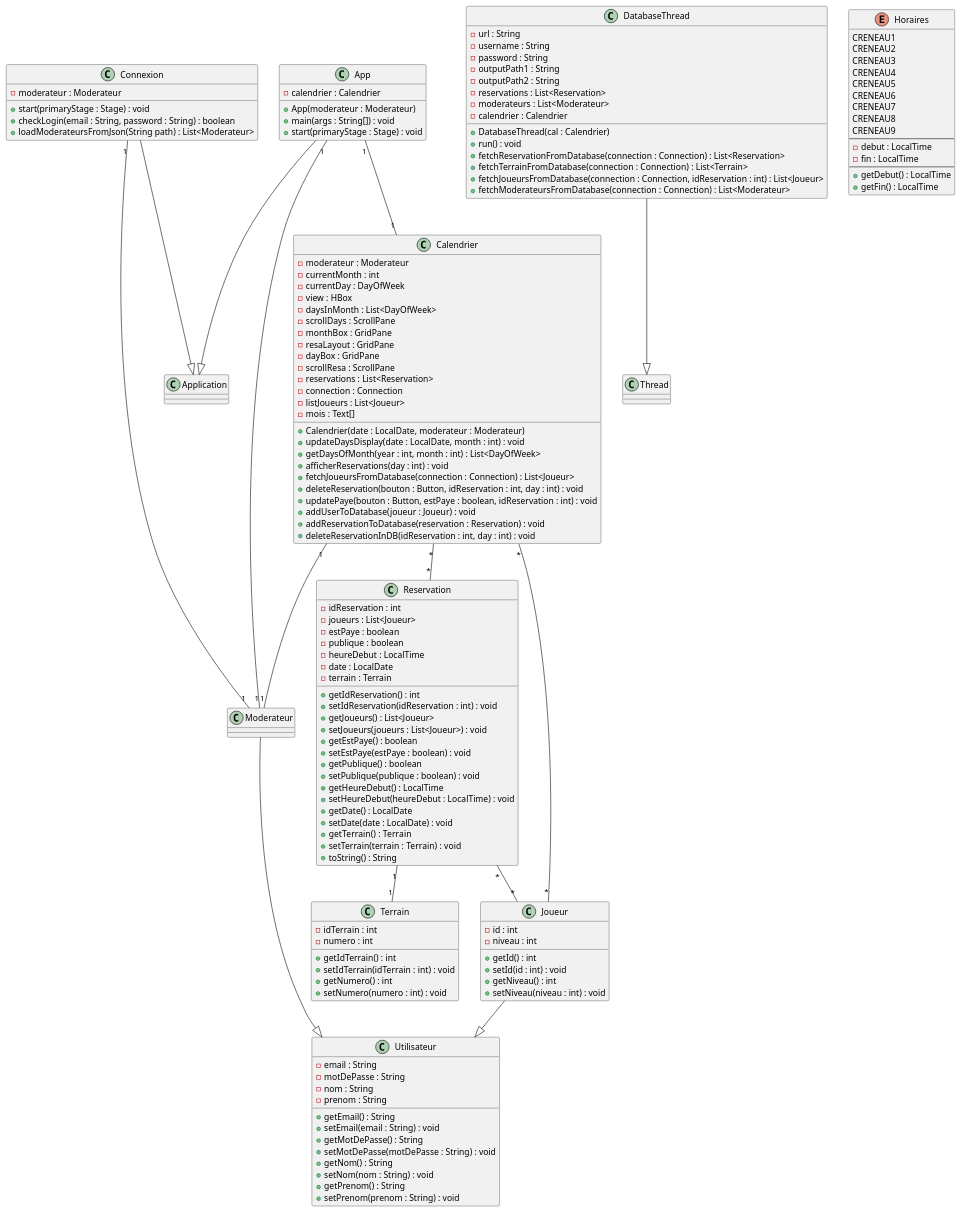
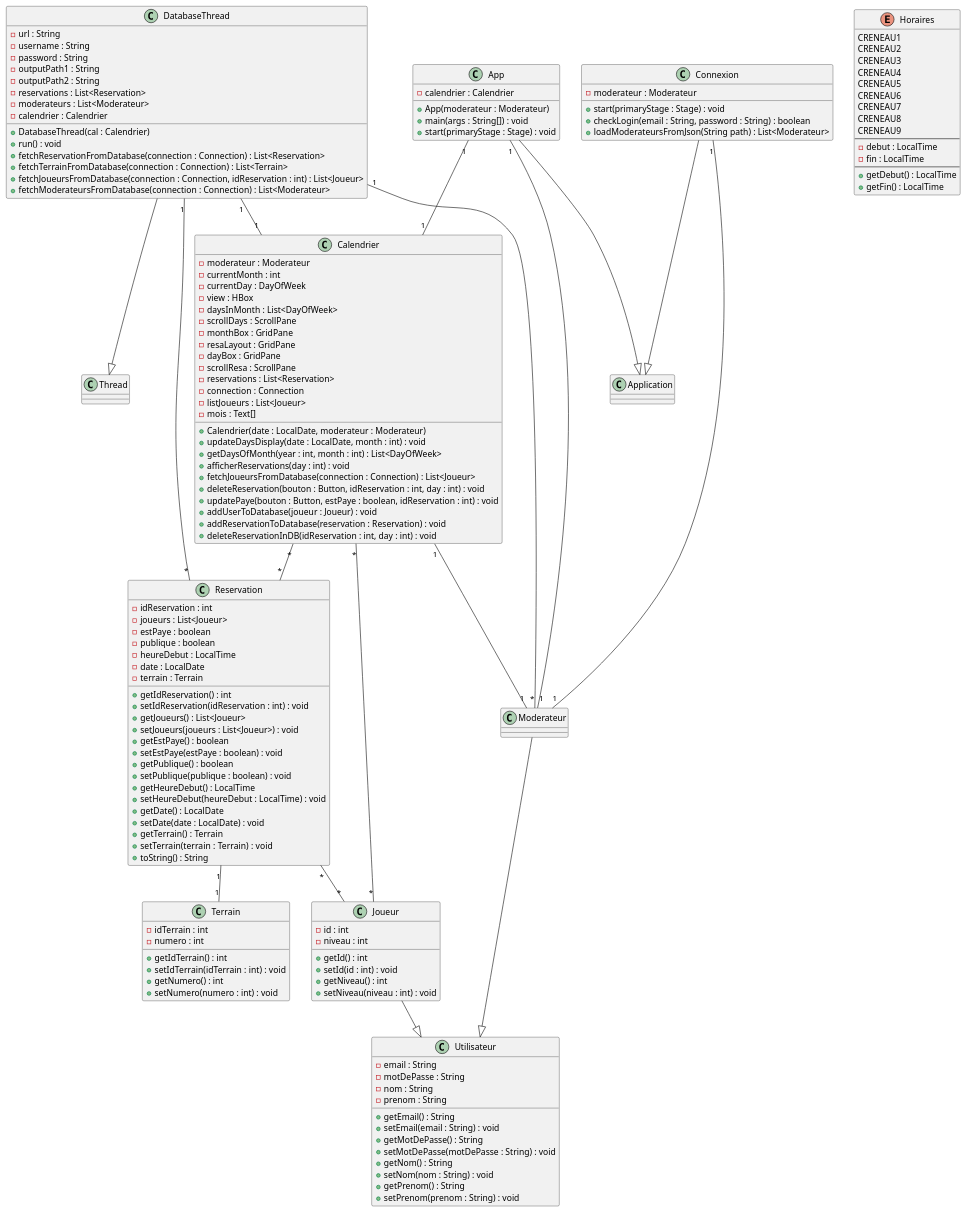
One commit to msbduno/PadelApp changed the diagram in diagram.puml. Above: the diagram before and after it, drawn with PlantUML. The commit also changed 8 other files, not shown here.

```diff
--- a/diagram.puml
+++ b/diagram.puml
@@ -1,145 +1,147 @@
 @startuml Diagramme de classes
 class Reservation {
     -idReservation : int
     -joueurs : List<Joueur>
     -estPaye : boolean
     -publique : boolean
     -heureDebut : LocalTime
     -date : LocalDate
     -terrain : Terrain
     +getIdReservation() : int
     +setIdReservation(idReservation : int) : void
     +getJoueurs() : List<Joueur>
     +setJoueurs(joueurs : List<Joueur>) : void
     +getEstPaye() : boolean
     +setEstPaye(estPaye : boolean) : void
     +getPublique() : boolean
     +setPublique(publique : boolean) : void
     +getHeureDebut() : LocalTime
     +setHeureDebut(heureDebut : LocalTime) : void
     +getDate() : LocalDate
     +setDate(date : LocalDate) : void
     +getTerrain() : Terrain
     +setTerrain(terrain : Terrain) : void
     +toString() : String
 }
 Reservation "1" -- "1" Terrain
 Reservation "*" -- "*" Joueur
 class Terrain {
     -idTerrain : int
     -numero : int
     +getIdTerrain() : int
     +setIdTerrain(idTerrain : int) : void
     +getNumero() : int
     +setNumero(numero : int) : void
 }
 class Utilisateur {
     -email : String
     -motDePasse : String
     -nom : String
     -prenom : String
     +getEmail() : String
     +setEmail(email : String) : void
     +getMotDePasse() : String
     +setMotDePasse(motDePasse : String) : void
     +getNom() : String
     +setNom(nom : String) : void
     +getPrenom() : String
     +setPrenom(prenom : String) : void
 }
 class Joueur {
     -id : int
     -niveau : int
     +getId() : int
     +setId(id : int) : void
     +getNiveau() : int
     +setNiveau(niveau : int) : void
 }
 Joueur --|> Utilisateur
 class Moderateur {
 }
 Moderateur --|> Utilisateur
 
 class DatabaseThread {
     -url : String
     -username : String
     -password : String
     -outputPath1 : String
     -outputPath2 : String
     -reservations : List<Reservation>
     -moderateurs : List<Moderateur>
     -calendrier : Calendrier
     +DatabaseThread(cal : Calendrier)
     +run() : void
     +fetchReservationFromDatabase(connection : Connection) : List<Reservation>
     +fetchTerrainFromDatabase(connection : Connection) : List<Terrain>
     +fetchJoueursFromDatabase(connection : Connection, idReservation : int) : List<Joueur>
     +fetchModerateursFromDatabase(connection : Connection) : List<Moderateur>
 }
 DatabaseThread --|> Thread
-
+DatabaseThread "1" -- "*" Reservation
+DatabaseThread "1" -- "*" Moderateur
+DatabaseThread "1" -- "1" Calendrier
 class Connexion {
     -moderateur : Moderateur
     +start(primaryStage : Stage) : void
     +checkLogin(email : String, password : String) : boolean
     +loadModerateursFromJson(String path) : List<Moderateur>
 }
 Connexion --|> Application
 Connexion "1" -- "1" Moderateur
 class Calendrier {
     -moderateur : Moderateur
     -currentMonth : int
     -currentDay : DayOfWeek
     -view : HBox
     -daysInMonth : List<DayOfWeek>
     -scrollDays : ScrollPane
     -monthBox : GridPane
     -resaLayout : GridPane
     -dayBox : GridPane
     -scrollResa : ScrollPane
     -reservations : List<Reservation>
     -connection : Connection
     -listJoueurs : List<Joueur>
     -mois : Text[]
     +Calendrier(date : LocalDate, moderateur : Moderateur)
     +updateDaysDisplay(date : LocalDate, month : int) : void
     +getDaysOfMonth(year : int, month : int) : List<DayOfWeek>
     +afficherReservations(day : int) : void
     +fetchJoueursFromDatabase(connection : Connection) : List<Joueur>
     +deleteReservation(bouton : Button, idReservation : int, day : int) : void
     +updatePaye(bouton : Button, estPaye : boolean, idReservation : int) : void
     +addUserToDatabase(joueur : Joueur) : void
     +addReservationToDatabase(reservation : Reservation) : void
     +deleteReservationInDB(idReservation : int, day : int) : void
 }
 Calendrier "1" -- "1" Moderateur
 Calendrier "*" -- "*" Reservation
 Calendrier "*" -- "*" Joueur
 class App {
     -calendrier : Calendrier
     +App(moderateur : Moderateur)
     +main(args : String[]) : void
     +start(primaryStage : Stage) : void
 }
 App --|> Application
 App "1" -- "1" Calendrier
 App "1" -- "1" Moderateur
 enum Horaires {
     CRENEAU1
     CRENEAU2
     CRENEAU3
     CRENEAU4
     CRENEAU5
     CRENEAU6
     CRENEAU7
     CRENEAU8
     CRENEAU9
     --
     -debut : LocalTime
     -fin : LocalTime
     --
     +getDebut() : LocalTime
     +getFin() : LocalTime
 }
 
 @enduml
```
